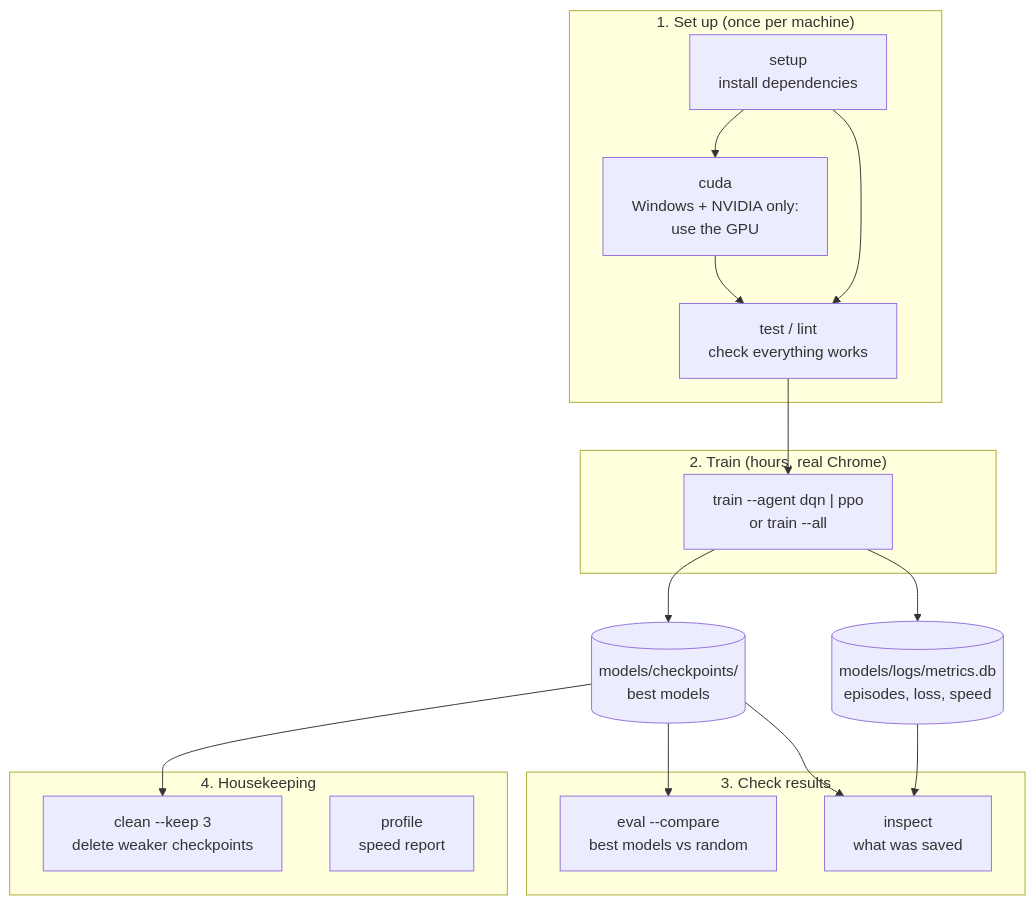
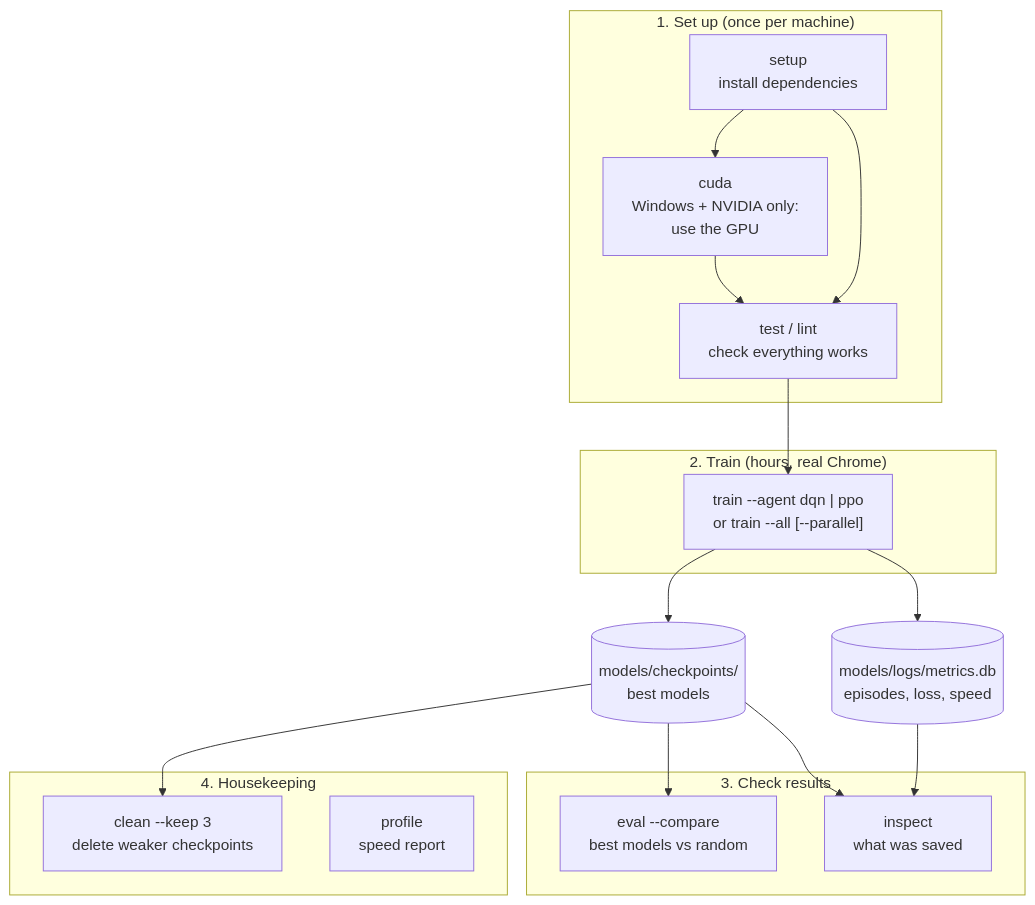
The diagram in docs/WORKFLOW.mermaid (S09Z/dino-decision-ai), drawn with Mermaid before and after one commit. The commit also changed 8 other files, not shown here.

First line of the commit message:
feat(training): train agents in parallel, one process and Chrome each

```diff
--- a/docs/WORKFLOW.mermaid
+++ b/docs/WORKFLOW.mermaid
@@ -1,35 +1,35 @@
 %% How the commands fit together. Run each as `make <cmd>` (macOS/Linux),
 %% `.\make.ps1 <cmd>` (Windows) or `poetry run dino-ai <cmd>` (train/eval/inspect/clean/profile).
 flowchart TD
     subgraph S1["1. Set up (once per machine)"]
         setup["setup<br/>install dependencies"]
         cuda["cuda<br/>Windows + NVIDIA only:<br/>use the GPU"]
         test["test / lint<br/>check everything works"]
         setup --> cuda --> test
         setup --> test
     end
 
     subgraph S2["2. Train (hours, real Chrome)"]
-        train["train --agent dqn | ppo<br/>or train --all"]
+        train["train --agent dqn | ppo<br/>or train --all [--parallel]"]
     end
 
     subgraph S3["3. Check results"]
         eval["eval --compare<br/>best models vs random"]
         inspect["inspect<br/>what was saved"]
     end
 
     subgraph S4["4. Housekeeping"]
         clean["clean --keep 3<br/>delete weaker checkpoints"]
         profile["profile<br/>speed report"]
     end
 
     ckpt[("models/checkpoints/<br/>best models")]
     db[("models/logs/metrics.db<br/>episodes, loss, speed")]
 
     test --> train
     train --> ckpt
     train --> db
     ckpt --> eval
     ckpt --> inspect
     db --> inspect
     ckpt --> clean
```
